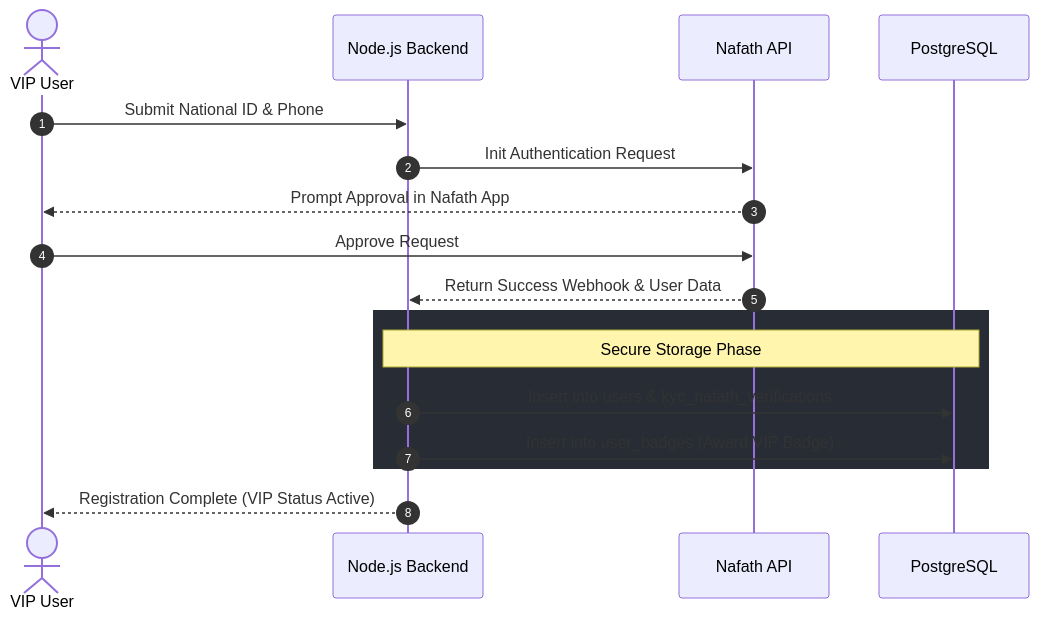
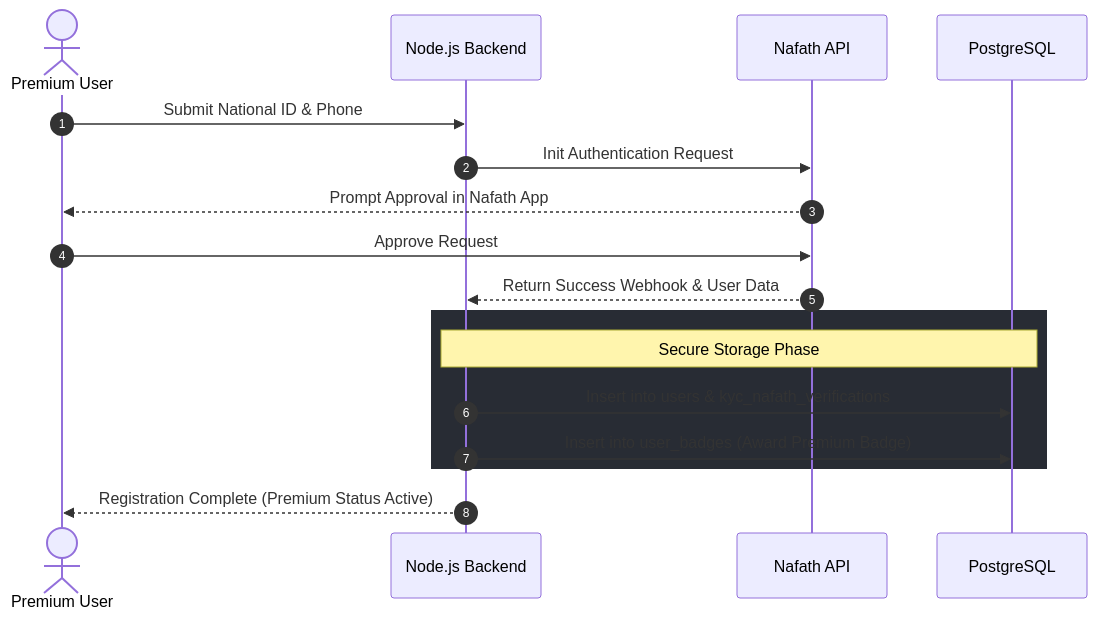
Before and after one commit to ghadi0alzhrani0/Mezyad: the third of 13 diagrams in Stage_3/Report.MD, drawn with Mermaid. The commit also changed other lines of this file, not shown here.

````diff
--- a/Stage_3/Report.MD
+++ b/Stage_3/Report.MD
@@ -414,22 +475,22 @@
 ```mermaid
 sequenceDiagram
     autonumber
-    actor User as VIP User
+    actor User as Premium User
     participant API as Node.js Backend
     participant Nafath as Nafath API
     participant DB as PostgreSQL
 
     User->>API: Submit National ID & Phone
     API->>Nafath: Init Authentication Request
     Nafath-->>User: Prompt Approval in Nafath App
     User->>Nafath: Approve Request
     Nafath-->>API: Return Success Webhook & User Data
 
     rect rgb(40, 44, 52)
         Note over API, DB: Secure Storage Phase
         API->>DB: Insert into users & kyc_nafath_verifications
-        API->>DB: Insert into user_badges (Award VIP Badge)
+        API->>DB: Insert into user_badges (Award Premium Badge)
     end
 
-    API-->>User: Registration Complete (VIP Status Active)
+    API-->>User: Registration Complete (Premium Status Active)
 ```
````
